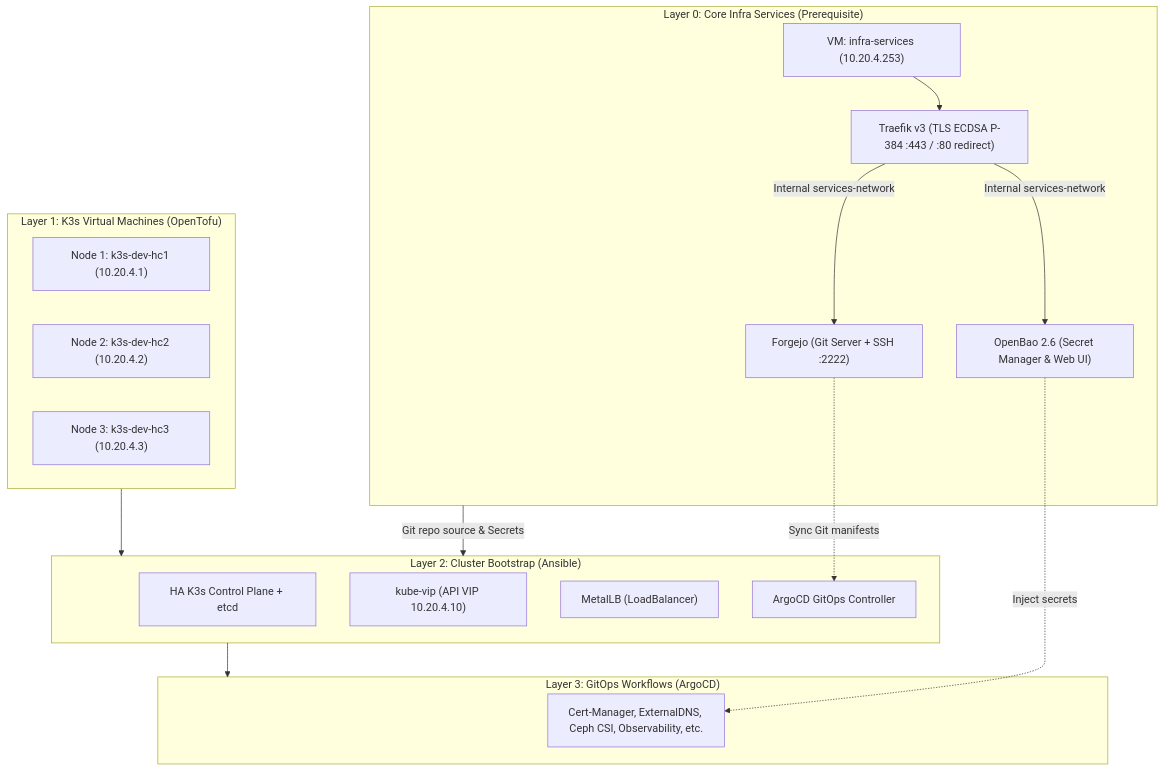
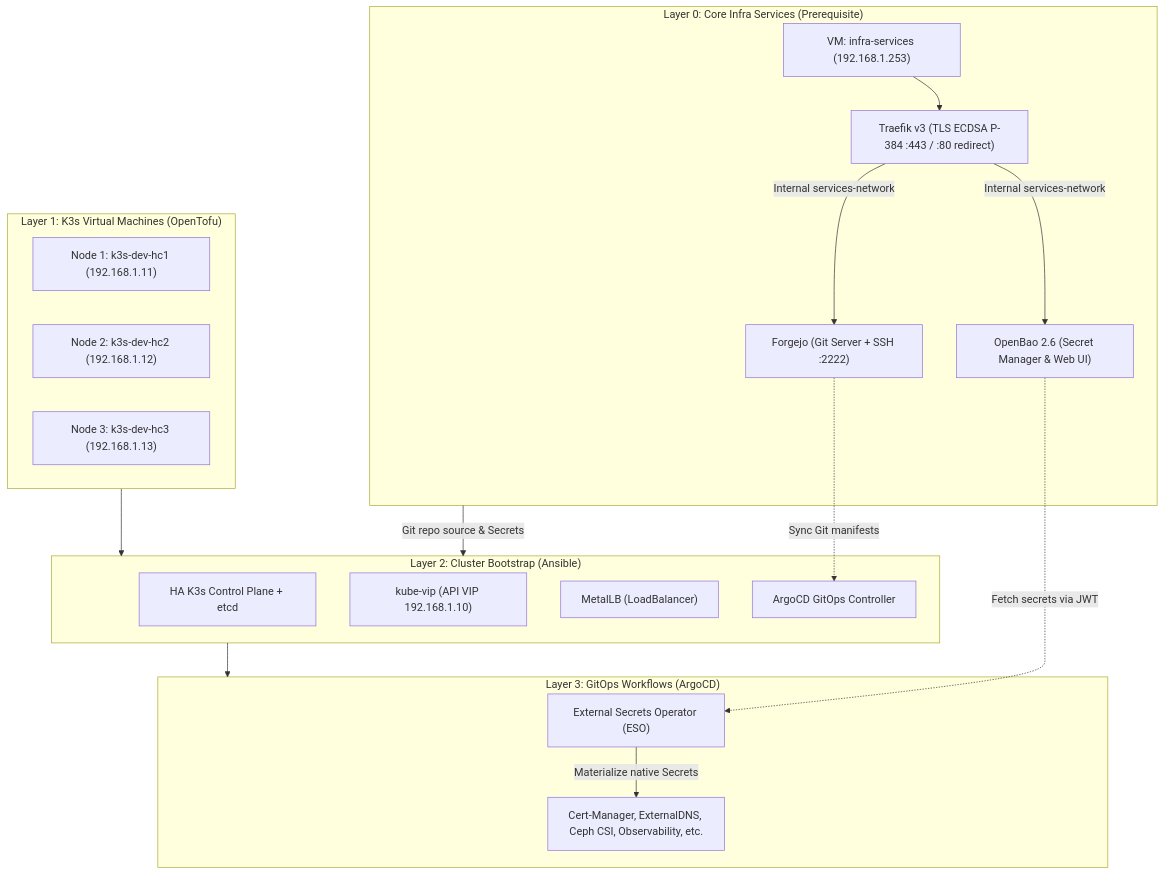
Before and after one commit to MrCaptainDartz/k3s-cluster: the diagram in README.md, drawn with Mermaid. The commit also changed other lines of this file and 43 other files, not shown here.

Commit message:
refactor: migrate from SopsSecret to ExternalSecrets and add node/cluster initialization roles

````diff
--- a/README.md
+++ b/README.md
@@ -13,35 +13,37 @@
 ```mermaid
 flowchart TD
     subgraph Layer0["Layer 0: Core Infra Services (Prerequisite)"]
-        VM0["VM: infra-services (10.20.4.253)"]
+        VM0["VM: infra-services (192.168.1.253)"]
         TRF["Traefik v3 (TLS ECDSA P-384 :443 / :80 redirect)"]
         FJ["Forgejo (Git Server + SSH :2222)"]
         BAO["OpenBao 2.6 (Secret Manager & Web UI)"]
         VM0 --> TRF
         TRF -->|Internal services-network| FJ
         TRF -->|Internal services-network| BAO
     end
 
     subgraph Layer1["Layer 1: K3s Virtual Machines (OpenTofu)"]
-        HC1["Node 1: k3s-dev-hc1 (10.20.4.1)"]
-        HC2["Node 2: k3s-dev-hc2 (10.20.4.2)"]
-        HC3["Node 3: k3s-dev-hc3 (10.20.4.3)"]
+        HC1["Node 1: k3s-dev-hc1 (192.168.1.11)"]
+        HC2["Node 2: k3s-dev-hc2 (192.168.1.12)"]
+        HC3["Node 3: k3s-dev-hc3 (192.168.1.13)"]
     end
 
     subgraph Layer2["Layer 2: Cluster Bootstrap (Ansible)"]
         K3S["HA K3s Control Plane + etcd"]
-        VIP["kube-vip (API VIP 10.20.4.10)"]
+        VIP["kube-vip (API VIP 192.168.1.10)"]
         MLB["MetalLB (LoadBalancer)"]
         ARGO["ArgoCD GitOps Controller"]
     end
 
     subgraph Layer3["Layer 3: GitOps Workflows (ArgoCD)"]
+        ESO["External Secrets Operator (ESO)"]
         APPS["Cert-Manager, ExternalDNS, Ceph CSI, Observability, etc."]
+        ESO -->|Materialize native Secrets| APPS
     end
 
     Layer0 -->|Git repo source & Secrets| Layer2
     Layer1 --> Layer2
     Layer2 --> Layer3
     FJ -.->|Sync Git manifests| ARGO
-    BAO -.->|Inject secrets| APPS
+    BAO -.->|Fetch secrets via JWT| ESO
 ```
````
